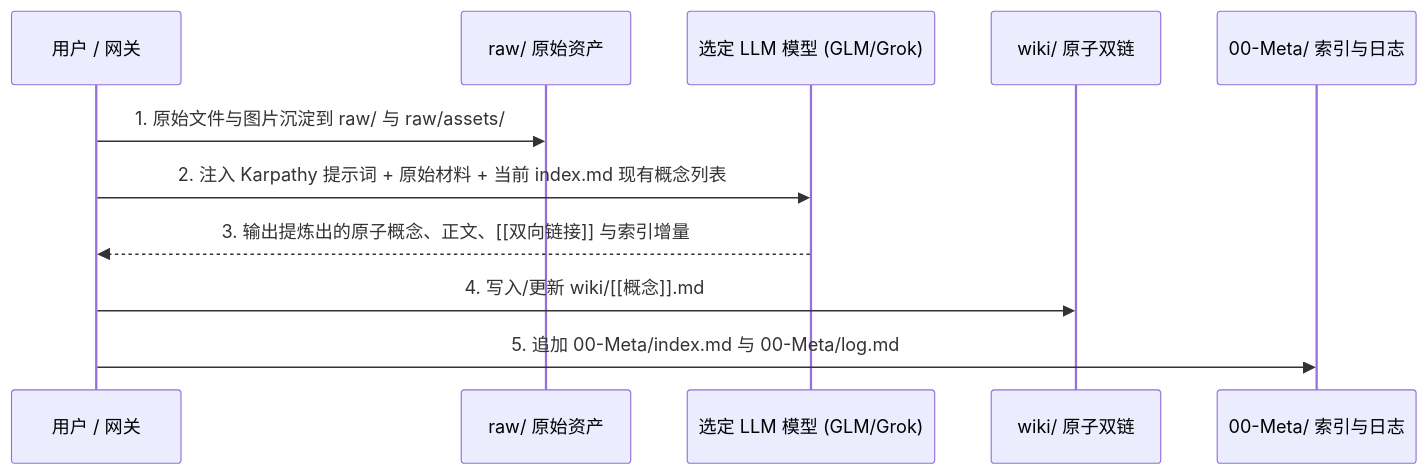
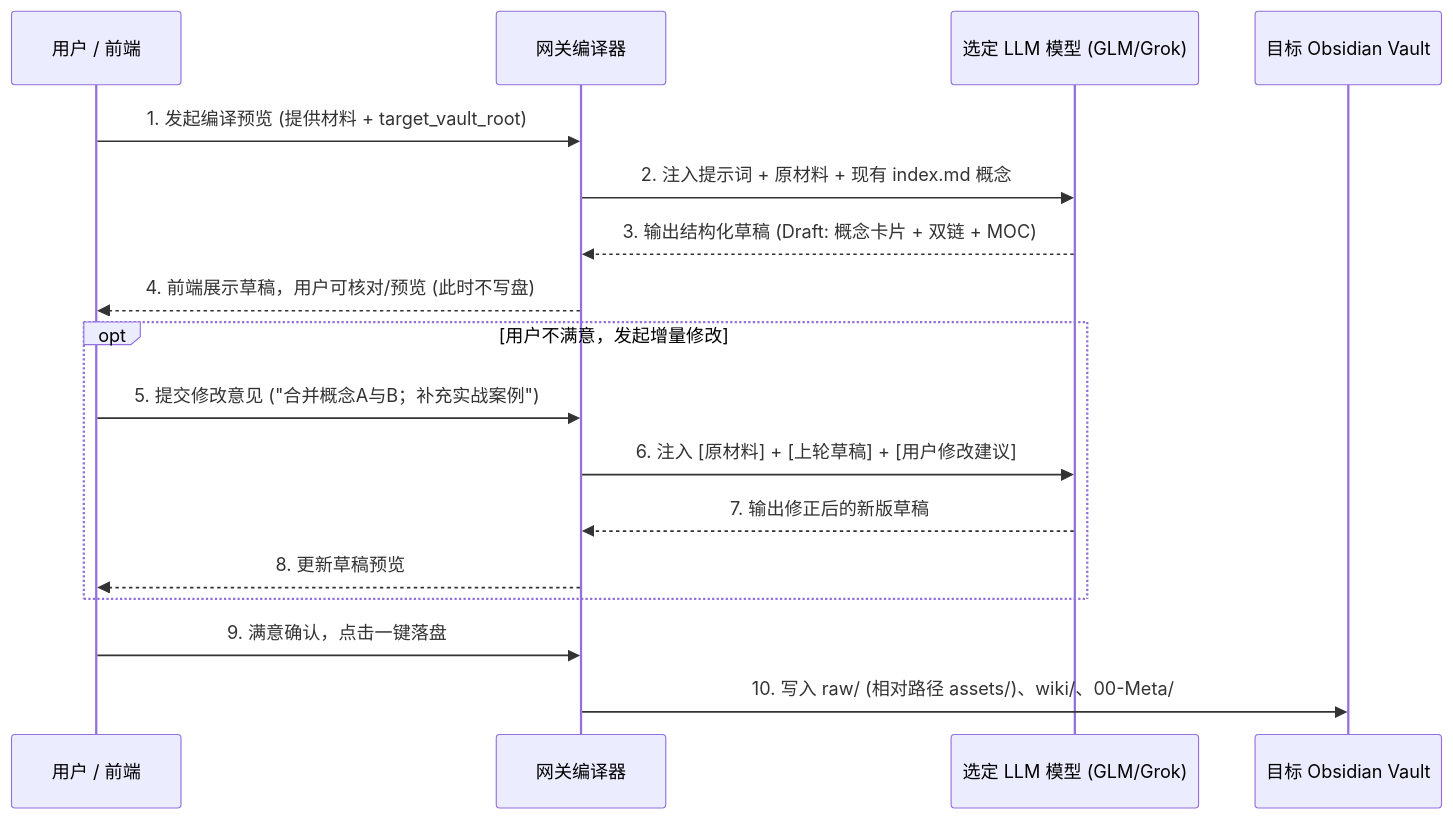
The diagram in lib/skills/leo-karpathy-wiki/SKILL.md (zlpawn/shrimp), drawn with Mermaid before and after one commit. The commit also changed other lines of this file and 32 other files, not shown here.

````diff
--- a/lib/skills/leo-karpathy-wiki/SKILL.md
+++ b/lib/skills/leo-karpathy-wiki/SKILL.md
@@ -100,14 +115,22 @@
 ```mermaid
 sequenceDiagram
-    participant User as 用户 / 网关
-    participant Raw as raw/ 原始资产
+    participant User as 用户 / 前端
+    participant Gateway as 网关编译器
     participant Model as 选定 LLM 模型 (GLM/Grok)
-    participant Wiki as wiki/ 原子双链
-    participant Meta as 00-Meta/ 索引与日志
+    participant Vault as 目标 Obsidian Vault
 
-    User->>Raw: 1. 原始文件与图片沉淀到 raw/ 与 raw/assets/
-    User->>Model: 2. 注入 Karpathy 提示词 + 原始材料 + 当前 index.md 现有概念列表
-    Model-->>User: 3. 输出提炼出的原子概念、正文、[[双向链接]] 与索引增量
-    User->>Wiki: 4. 写入/更新 wiki/[[概念]].md
-    User->>Meta: 5. 追加 00-Meta/index.md 与 00-Meta/log.md
+    User->>Gateway: 1. 发起编译预览 (提供材料 + target_vault_root)
+    Gateway->>Model: 2. 注入提示词 + 原材料 + 现有 index.md 概念
+    Model-->>Gateway: 3. 输出结构化草稿 (Draft: 概念卡片 + 双链 + MOC)
+    Gateway-->>User: 4. 前端展示草稿，用户可核对/预览 (此时不写盘)
+    
+    opt 用户不满意，发起增量修改
+        User->>Gateway: 5. 提交修改意见 ("合并概念A与B；补充实战案例")
+        Gateway->>Model: 6. 注入 [原材料] + [上轮草稿] + [用户修改建议]
+        Model-->>Gateway: 7. 输出修正后的新版草稿
+        Gateway-->>User: 8. 更新草稿预览
+    end
+
+    User->>Gateway: 9. 满意确认，点击一键落盘
+    Gateway->>Vault: 10. 写入 raw/ (相对路径 assets/)、wiki/、00-Meta/
 ```
````
